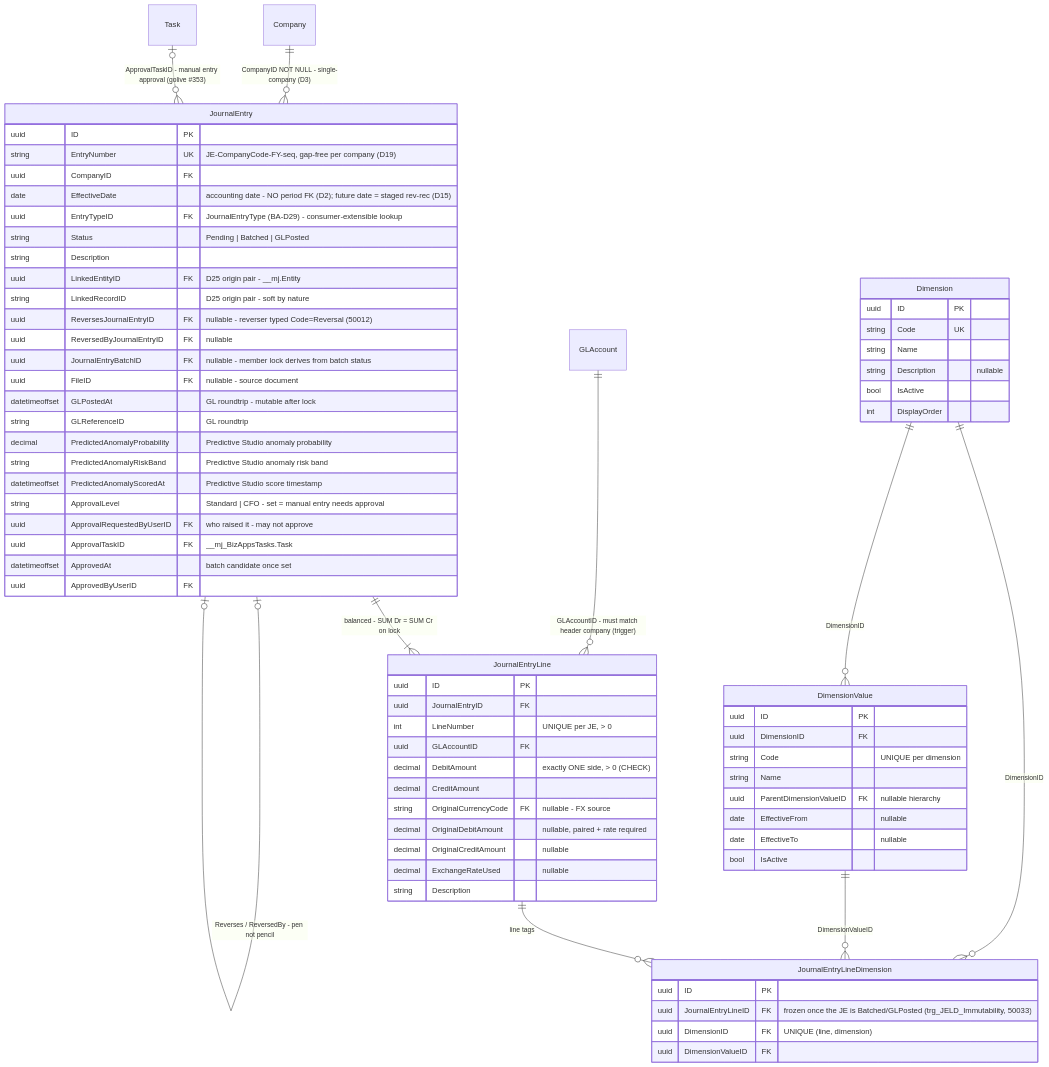
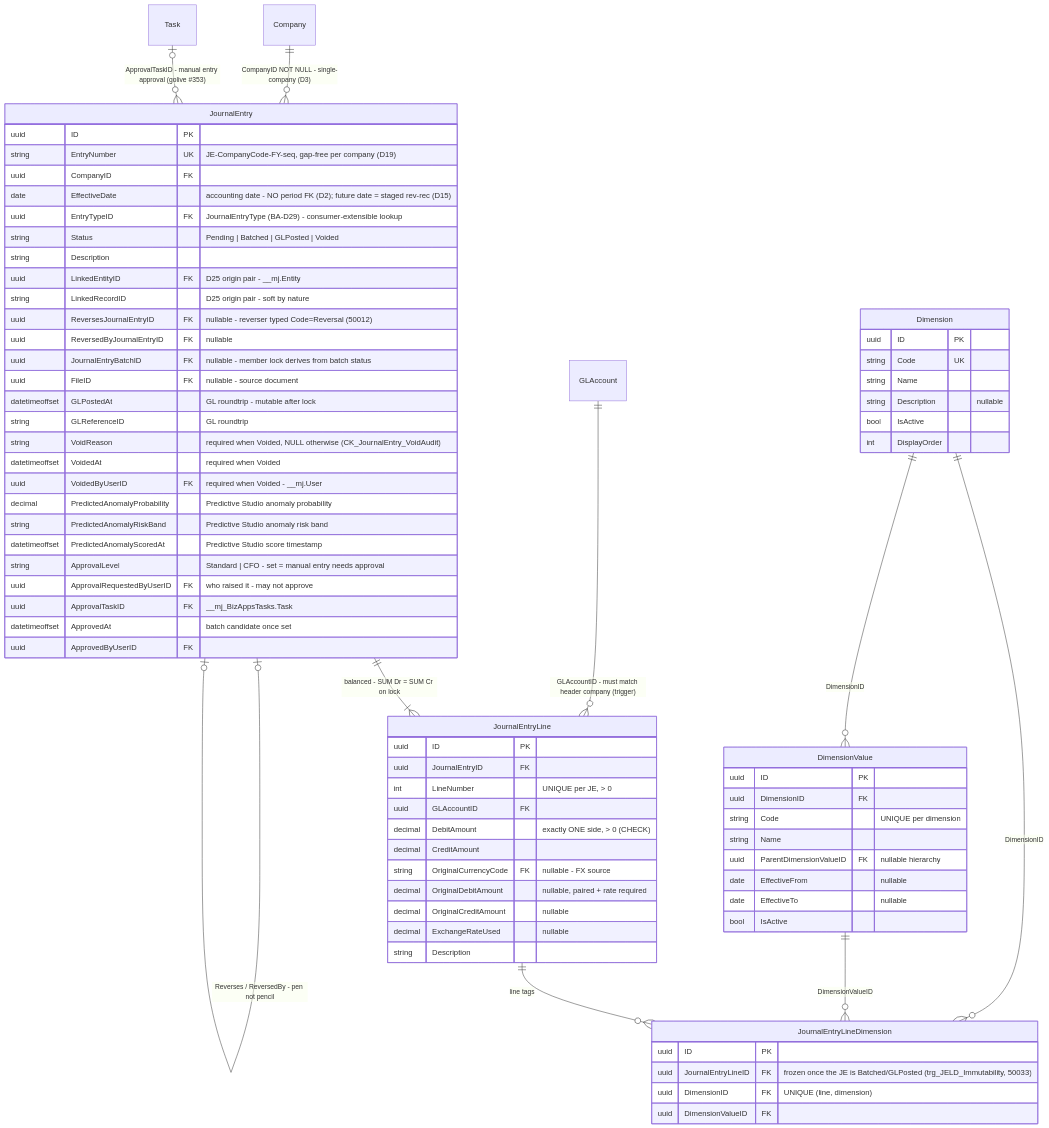
The sixth of 14 diagrams in docs/bizapps-accounting-erd.md (MemberJunction/bizapps-accounting), drawn with Mermaid before and after one commit. The commit also changed other lines of this file and 34 other files, not shown here.

First line of the commit message:
feat(accounting): a Voided journal entry status for entries that never left the subledger (golive #378)

````diff
--- a/docs/bizapps-accounting-erd.md
+++ b/docs/bizapps-accounting-erd.md
@@ -732,75 +735,78 @@
 ```mermaid
 erDiagram
     Company ||--o{ JournalEntry : "CompanyID NOT NULL - single-company (D3)"
     JournalEntry ||--|{ JournalEntryLine : "balanced - SUM Dr = SUM Cr on lock"
     GLAccount ||--o{ JournalEntryLine : "GLAccountID - must match header company (trigger)"
     JournalEntry |o--o| JournalEntry : "Reverses / ReversedBy - pen not pencil"
     Task |o--o{ JournalEntry : "ApprovalTaskID - manual entry approval (golive #353)"
     JournalEntryLine ||--o{ JournalEntryLineDimension : "line tags"
     Dimension ||--o{ JournalEntryLineDimension : "DimensionID"
     Dimension ||--o{ DimensionValue : "DimensionID"
     DimensionValue ||--o{ JournalEntryLineDimension : "DimensionValueID"
 
     JournalEntry {
         uuid ID PK
         string EntryNumber UK "JE-CompanyCode-FY-seq, gap-free per company (D19)"
         uuid CompanyID FK
         date EffectiveDate "accounting date - NO period FK (D2); future date = staged rev-rec (D15)"
         uuid EntryTypeID FK "JournalEntryType (BA-D29) - consumer-extensible lookup"
-        string Status "Pending | Batched | GLPosted"
+        string Status "Pending | Batched | GLPosted | Voided"
         string Description
         uuid LinkedEntityID FK "D25 origin pair - __mj.Entity"
         string LinkedRecordID "D25 origin pair - soft by nature"
         uuid ReversesJournalEntryID FK "nullable - reverser typed Code=Reversal (50012)"
         uuid ReversedByJournalEntryID FK "nullable"
         uuid JournalEntryBatchID FK "nullable - member lock derives from batch status"
         uuid FileID FK "nullable - source document"
         datetimeoffset GLPostedAt "GL roundtrip - mutable after lock"
         string GLReferenceID "GL roundtrip"
+        string VoidReason "required when Voided, NULL otherwise (CK_JournalEntry_VoidAudit)"
+        datetimeoffset VoidedAt "required when Voided"
+        uuid VoidedByUserID FK "required when Voided - __mj.User"
         decimal PredictedAnomalyProbability "Predictive Studio anomaly probability"
         string PredictedAnomalyRiskBand "Predictive Studio anomaly risk band"
         datetimeoffset PredictedAnomalyScoredAt "Predictive Studio score timestamp"
         string ApprovalLevel "Standard | CFO - set = manual entry needs approval"
         uuid ApprovalRequestedByUserID FK "who raised it - may not approve"
         uuid ApprovalTaskID FK "__mj_BizAppsTasks.Task"
         datetimeoffset ApprovedAt "batch candidate once set"
         uuid ApprovedByUserID FK
     }
     JournalEntryLine {
         uuid ID PK
         uuid JournalEntryID FK
         int LineNumber "UNIQUE per JE, > 0"
         uuid GLAccountID FK
         decimal DebitAmount "exactly ONE side, > 0 (CHECK)"
         decimal CreditAmount
         string OriginalCurrencyCode FK "nullable - FX source"
         decimal OriginalDebitAmount "nullable, paired + rate required"
         decimal OriginalCreditAmount "nullable"
         decimal ExchangeRateUsed "nullable"
         string Description
     }
     JournalEntryLineDimension {
         uuid ID PK
         uuid JournalEntryLineID FK "frozen once the JE is Batched/GLPosted (trg_JELD_Immutability, 50033)"
         uuid DimensionID FK "UNIQUE (line, dimension)"
         uuid DimensionValueID FK
     }
     Dimension {
         uuid ID PK
         string Code UK
         string Name
         string Description "nullable"
         bool IsActive
         int DisplayOrder
     }
     DimensionValue {
         uuid ID PK
         uuid DimensionID FK
         string Code "UNIQUE per dimension"
         string Name
         uuid ParentDimensionValueID FK "nullable hierarchy"
         date EffectiveFrom "nullable"
         date EffectiveTo "nullable"
         bool IsActive
     }
 ```
````
